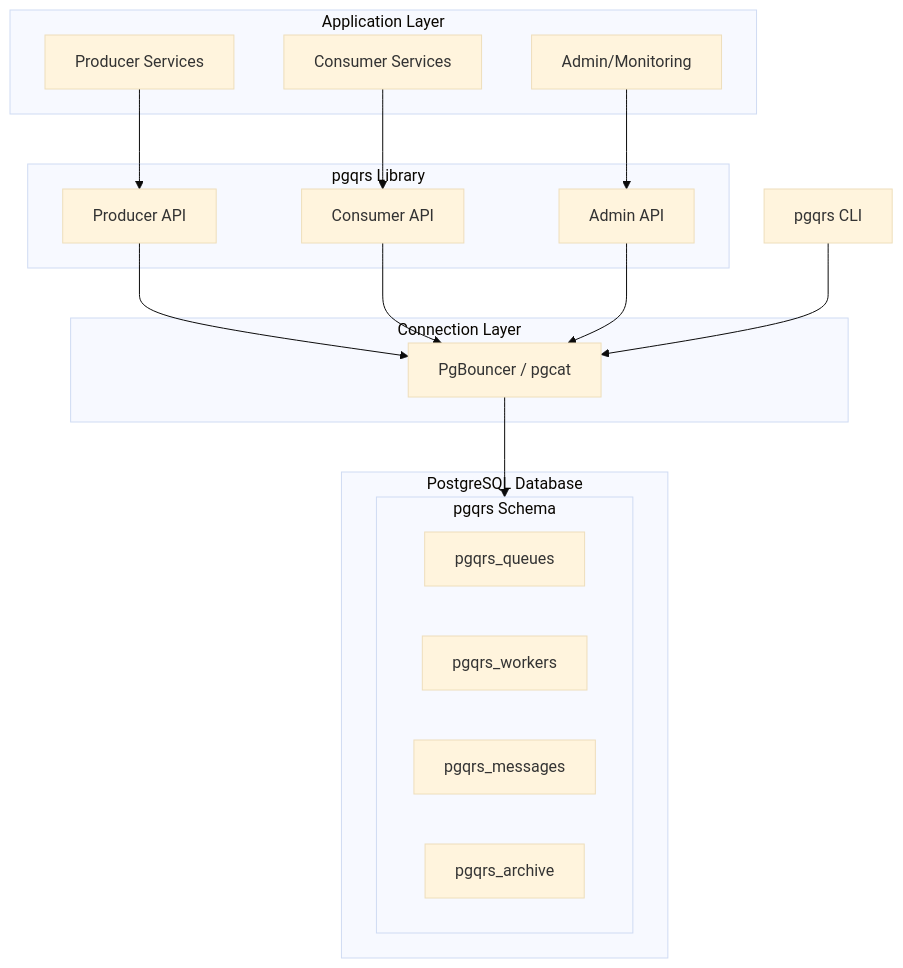
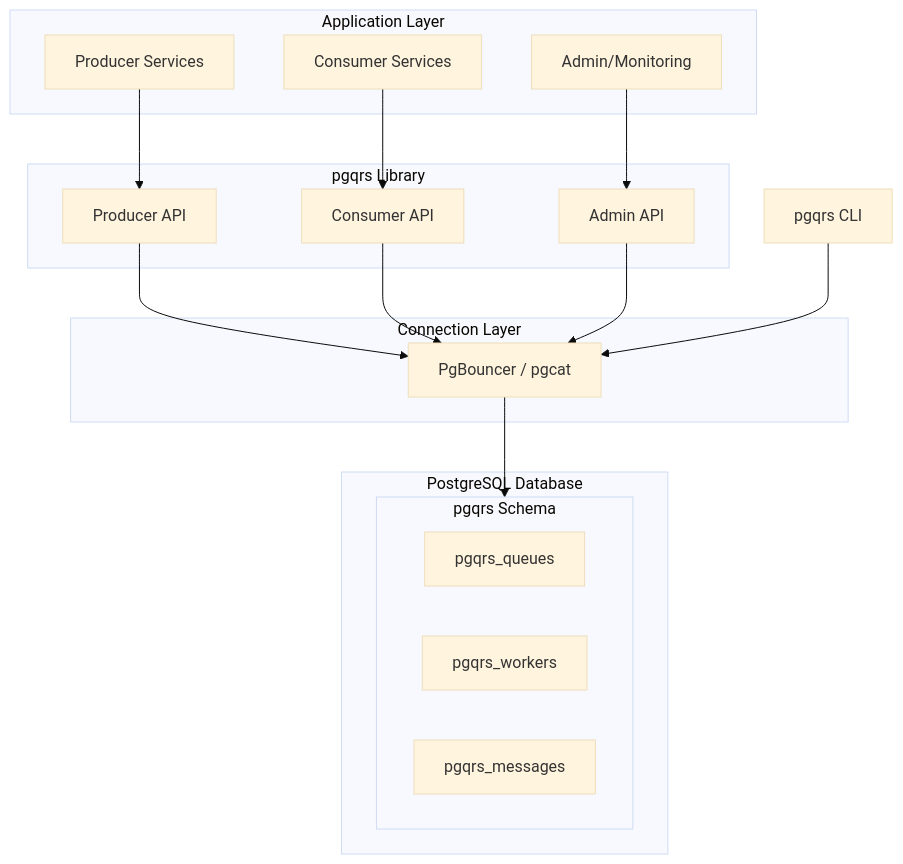
One commit to vrajat/pgqrs changed the first of 3 diagrams in docs/user-guide/concepts/architecture.md. Above: the diagram before and after it, drawn with Mermaid (base theme). The commit also changed other lines of this file and 72 other files, not shown here.

````diff
--- a/docs/user-guide/concepts/architecture.md
+++ b/docs/user-guide/concepts/architecture.md
@@ -11,40 +11,39 @@
 ```mermaid
 flowchart TB
     subgraph Apps["Application Layer"]
         P[Producer Services]
         W[Consumer Services]
         A[Admin/Monitoring]
     end
 
     subgraph APIs["pgqrs Library"]
         PROD[Producer API]
         CONS[Consumer API]
         ADM[Admin API]
     end
 
     CLI[pgqrs CLI]
 
     subgraph Pool["Connection Layer"]
         CP[PgBouncer / pgcat]
     end
 
     subgraph PG["PostgreSQL Database"]
         subgraph Schema["pgqrs Schema"]
             QT[pgqrs_queues]
             WT[pgqrs_workers]
             MT[pgqrs_messages]
-            AT[pgqrs_archive]
         end
     end
 
     P --> PROD
     W --> CONS
     A --> ADM
 
     PROD --> CP
     CONS --> CP
     ADM --> CP
     CLI --> CP
 
     CP --> Schema
 ```
````
